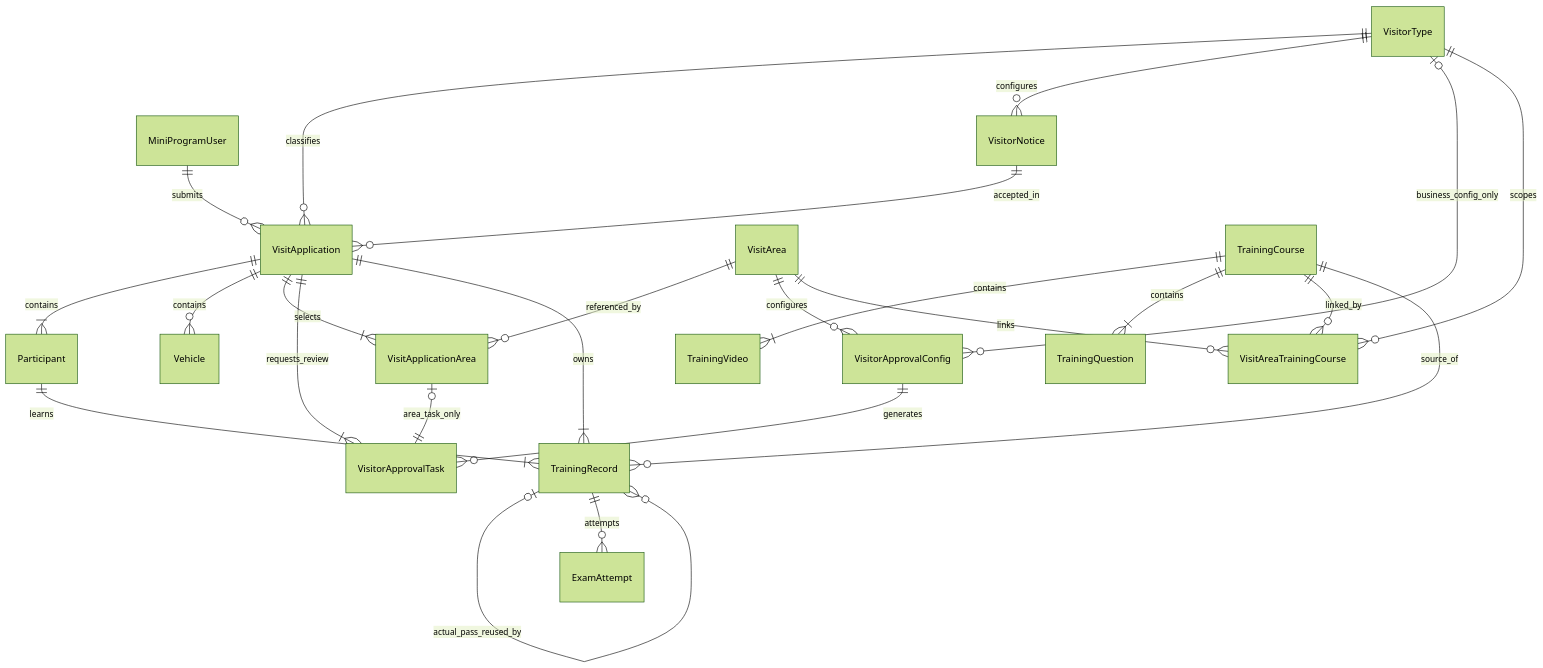
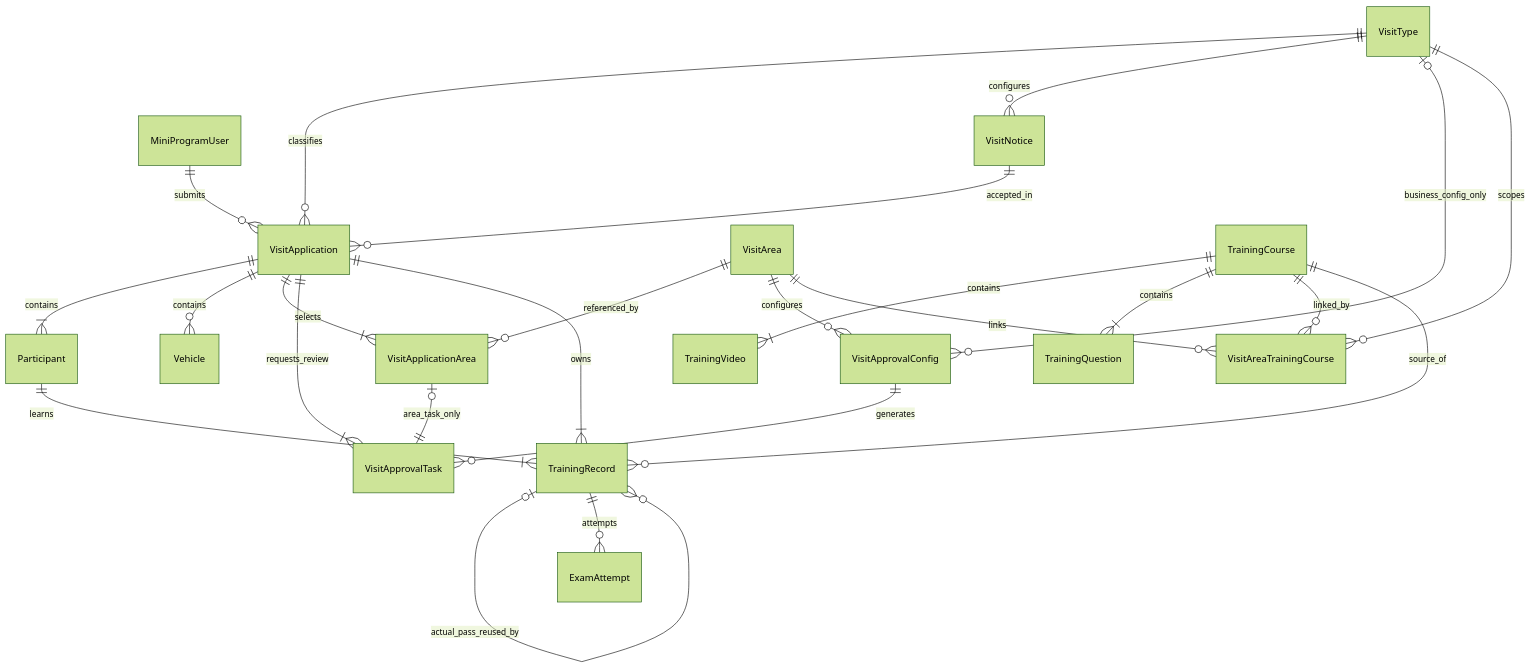
One commit to neozhu/visit-traning-client changed the second of 2 diagrams in doc/VisitSafe-Backend-SPEC.md. Above: the diagram before and after it, drawn with Mermaid (forest theme). The commit also changed other lines of this file, not shown here.

````diff
--- a/doc/VisitSafe-Backend-SPEC.md
+++ b/doc/VisitSafe-Backend-SPEC.md
@@ -628,26 +628,26 @@
 ```mermaid
 erDiagram
     MiniProgramUser ||--o{ VisitApplication : submits
-    VisitorType ||--o{ VisitApplication : classifies
-    VisitorType ||--o{ VisitorNotice : configures
-    VisitorType |o--o{ VisitorApprovalConfig : business_config_only
+    VisitType ||--o{ VisitApplication : classifies
+    VisitType ||--o{ VisitNotice : configures
+    VisitType |o--o{ VisitApprovalConfig : business_config_only
     VisitApplication ||--|{ Participant : contains
     VisitApplication ||--o{ Vehicle : contains
     VisitApplication ||--|{ VisitApplicationArea : selects
     VisitArea ||--o{ VisitApplicationArea : referenced_by
-    VisitApplication ||--|{ VisitorApprovalTask : requests_review
-    VisitApplicationArea |o--|| VisitorApprovalTask : area_task_only
-    VisitArea ||--o{ VisitorApprovalConfig : configures
-    VisitorApprovalConfig ||--o{ VisitorApprovalTask : generates
-    VisitorNotice ||--o{ VisitApplication : accepted_in
+    VisitApplication ||--|{ VisitApprovalTask : requests_review
+    VisitApplicationArea |o--|| VisitApprovalTask : area_task_only
+    VisitArea ||--o{ VisitApprovalConfig : configures
+    VisitApprovalConfig ||--o{ VisitApprovalTask : generates
+    VisitNotice ||--o{ VisitApplication : accepted_in
     TrainingCourse ||--|{ TrainingVideo : contains
     TrainingCourse ||--|{ TrainingQuestion : contains
     TrainingCourse ||--o{ VisitAreaTrainingCourse : linked_by
     VisitArea ||--o{ VisitAreaTrainingCourse : links
-    VisitorType ||--o{ VisitAreaTrainingCourse : scopes
+    VisitType ||--o{ VisitAreaTrainingCourse : scopes
     VisitApplication ||--|{ TrainingRecord : owns
     Participant ||--|{ TrainingRecord : learns
     TrainingRecord |o--o{ TrainingRecord : actual_pass_reused_by
     TrainingCourse ||--o{ TrainingRecord : source_of
     TrainingRecord ||--o{ ExamAttempt : attempts
 ```
````
